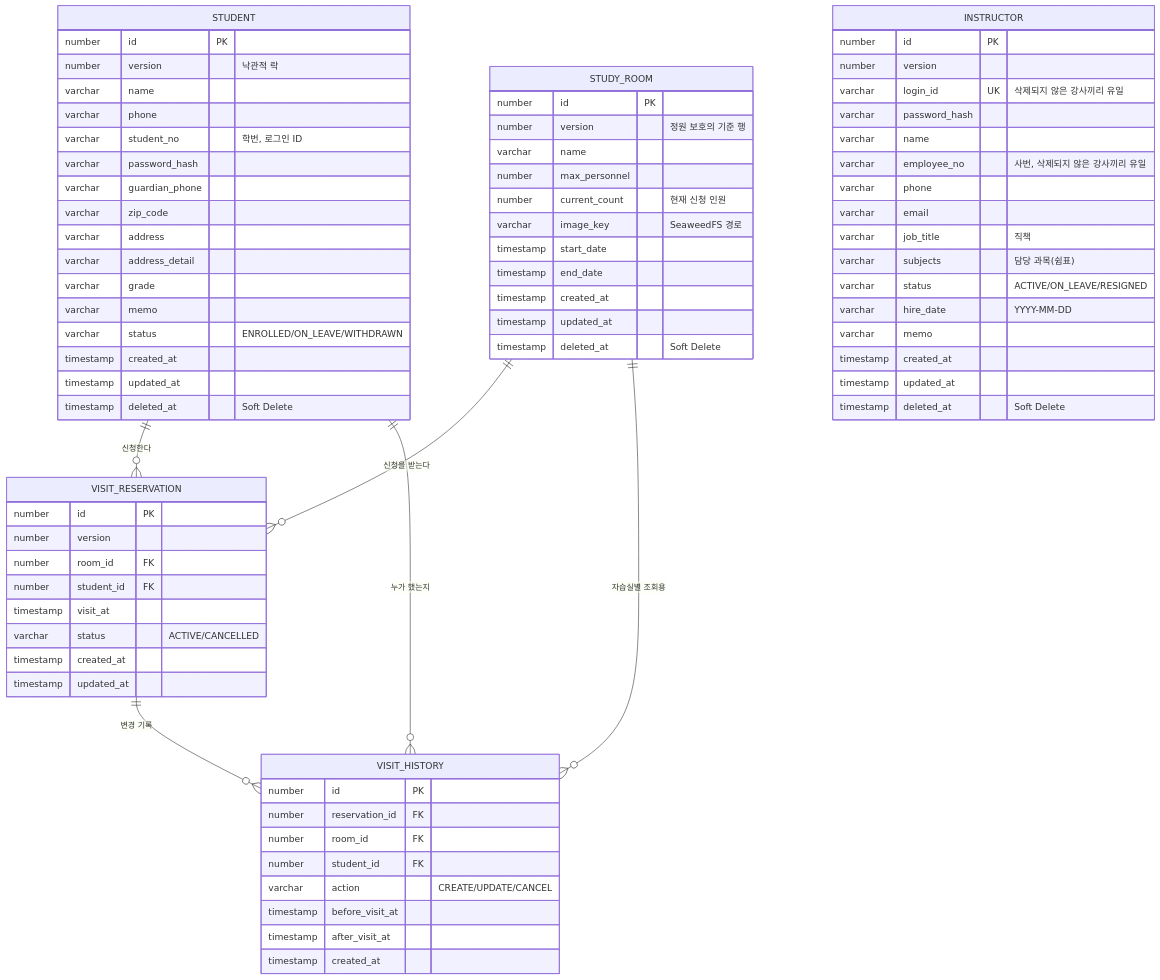
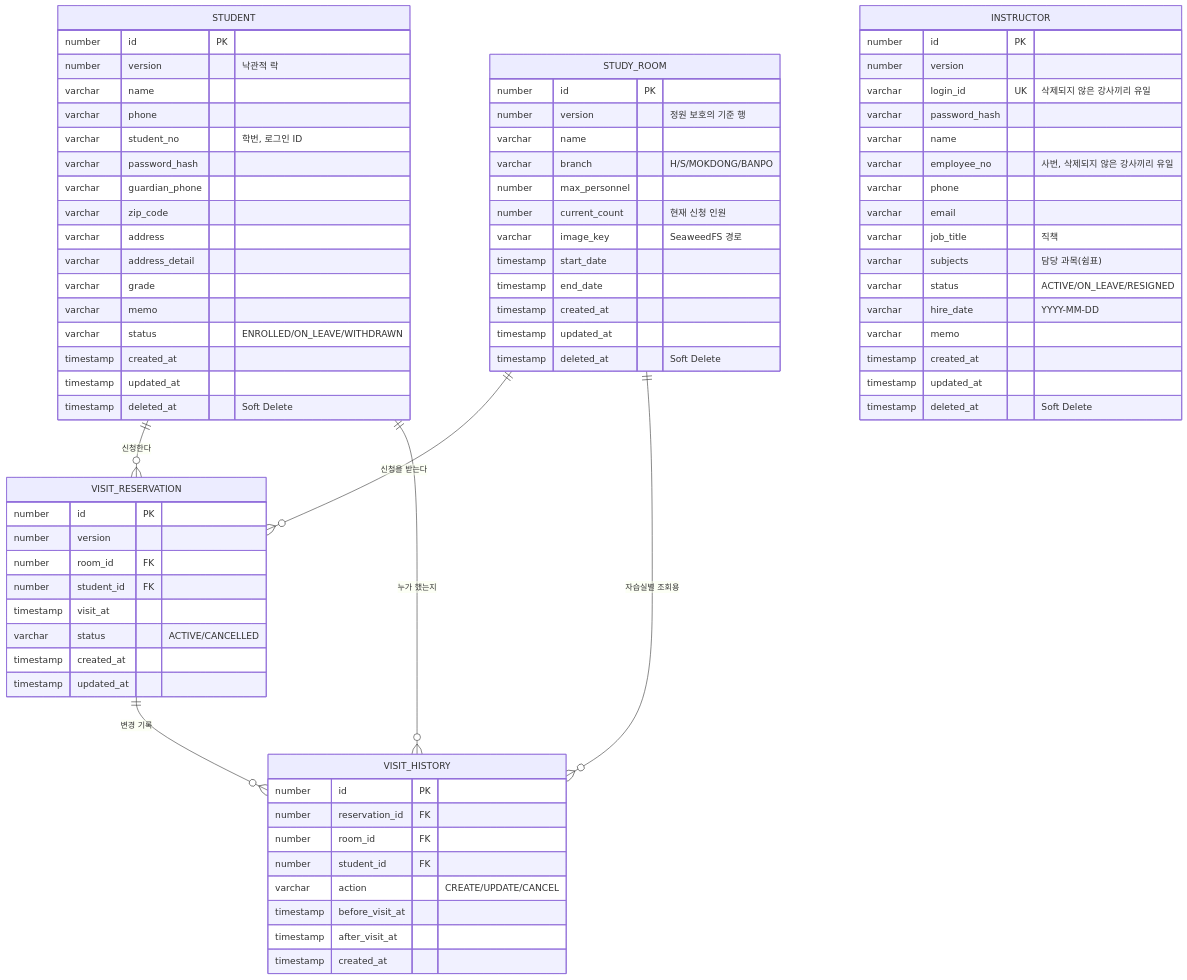
Before and after one commit to youngeiya/study-room-reservation: the diagram in docs/03-데이터-모델.md, drawn with Mermaid. The commit also changed other lines of this file and 2 other files, not shown here.

````diff
--- a/docs/03-데이터-모델.md
+++ b/docs/03-데이터-모델.md
@@ -8,78 +8,79 @@
 ```mermaid
 erDiagram
   STUDENT ||--o{ VISIT_RESERVATION : "신청한다"
   STUDY_ROOM ||--o{ VISIT_RESERVATION : "신청을 받는다"
   VISIT_RESERVATION ||--o{ VISIT_HISTORY : "변경 기록"
   STUDY_ROOM ||--o{ VISIT_HISTORY : "자습실별 조회용"
   STUDENT ||--o{ VISIT_HISTORY : "누가 했는지"
 
   STUDENT {
     number id PK
     number version "낙관적 락"
     varchar name
     varchar phone
     varchar student_no "학번, 로그인 ID"
     varchar password_hash
     varchar guardian_phone
     varchar zip_code
     varchar address
     varchar address_detail
     varchar grade
     varchar memo
     varchar status "ENROLLED/ON_LEAVE/WITHDRAWN"
     timestamp created_at
     timestamp updated_at
     timestamp deleted_at "Soft Delete"
   }
   INSTRUCTOR {
     number id PK
     number version
     varchar login_id UK "삭제되지 않은 강사끼리 유일"
     varchar password_hash
     varchar name
     varchar employee_no "사번, 삭제되지 않은 강사끼리 유일"
     varchar phone
     varchar email
     varchar job_title "직책"
     varchar subjects "담당 과목(쉼표)"
     varchar status "ACTIVE/ON_LEAVE/RESIGNED"
     varchar hire_date "YYYY-MM-DD"
     varchar memo
     timestamp created_at
     timestamp updated_at
     timestamp deleted_at "Soft Delete"
   }
   STUDY_ROOM {
     number id PK
     number version "정원 보호의 기준 행"
     varchar name
+    varchar branch "H/S/MOKDONG/BANPO"
     number max_personnel
     number current_count "현재 신청 인원"
     varchar image_key "SeaweedFS 경로"
     timestamp start_date
     timestamp end_date
     timestamp created_at
     timestamp updated_at
     timestamp deleted_at "Soft Delete"
   }
   VISIT_RESERVATION {
     number id PK
     number version
     number room_id FK
     number student_id FK
     timestamp visit_at
     varchar status "ACTIVE/CANCELLED"
     timestamp created_at
     timestamp updated_at
   }
   VISIT_HISTORY {
     number id PK
     number reservation_id FK
     number room_id FK
     number student_id FK
     varchar action "CREATE/UPDATE/CANCEL"
     timestamp before_visit_at
     timestamp after_visit_at
     timestamp created_at
   }
 ```
````
